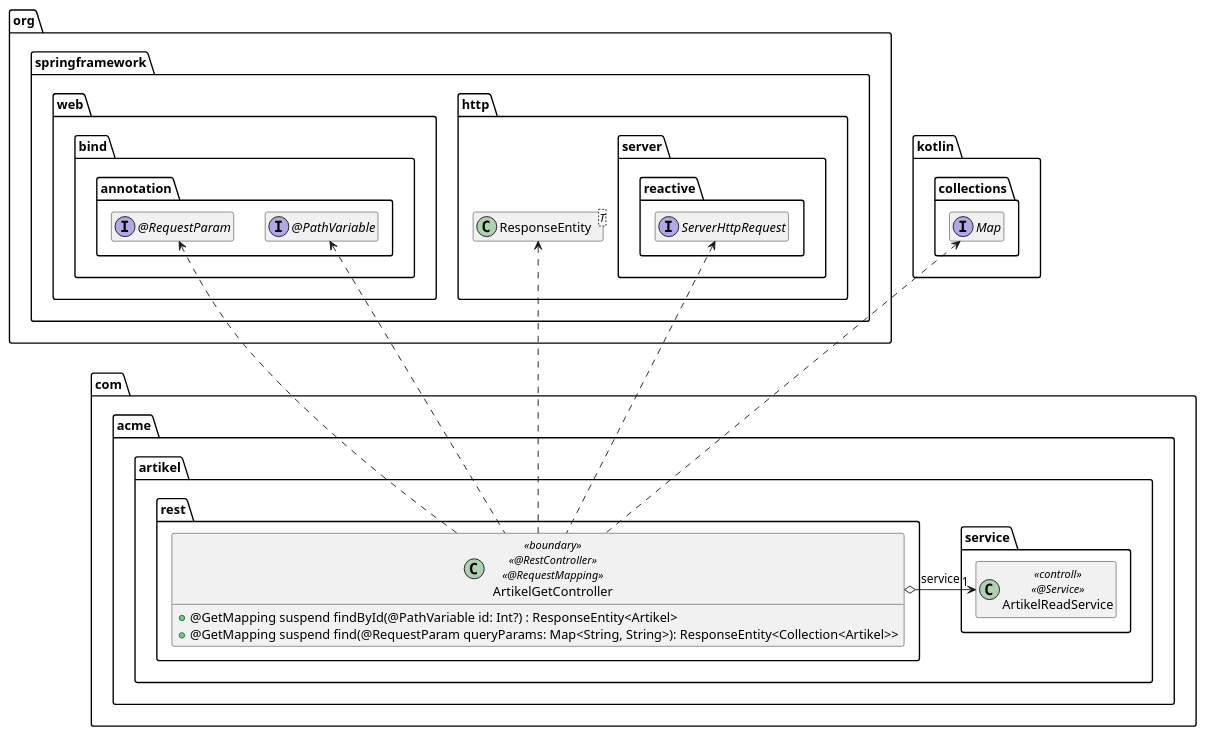
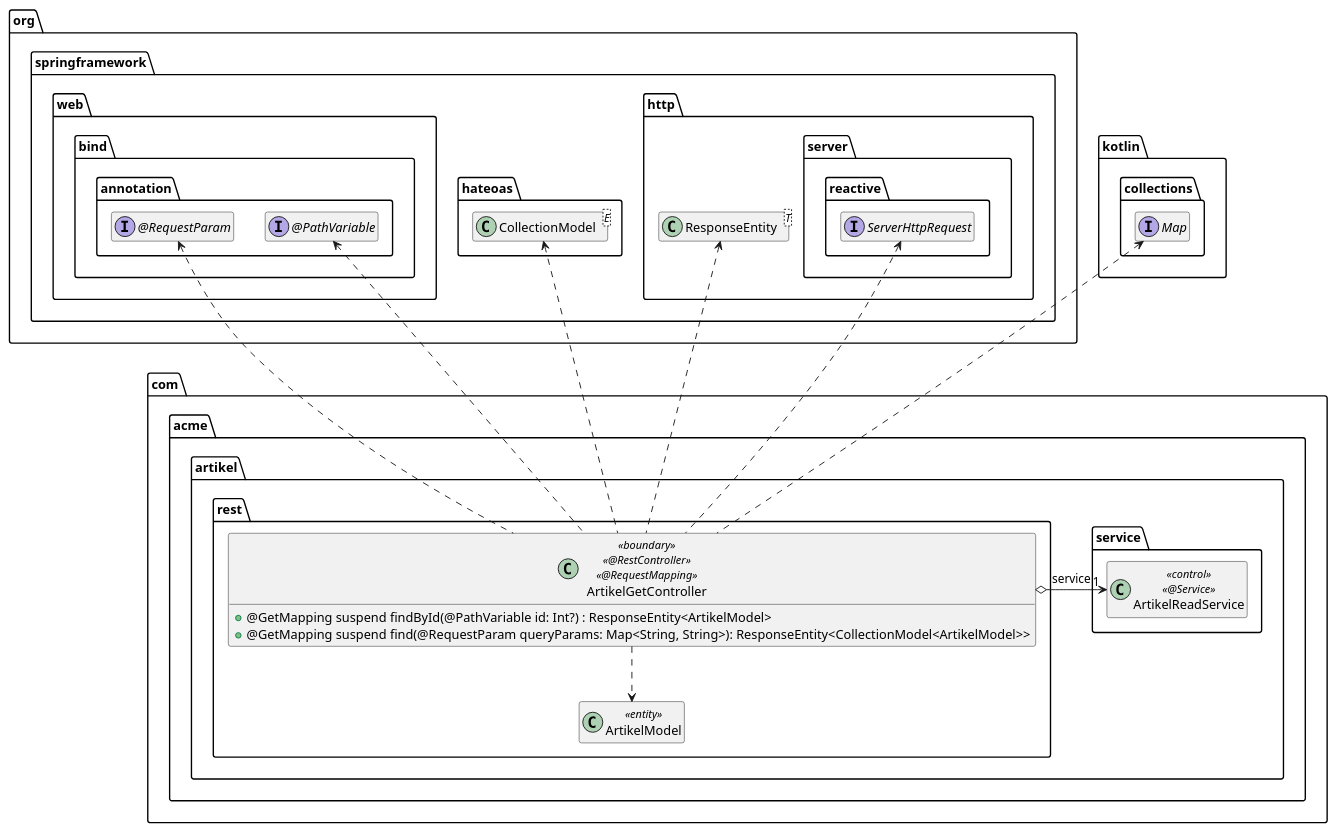
The diagram in extras/doc/ArtikelGetController.puml (AlexanderStecknitz/Softwarearchitektur-Springframework), drawn with PlantUML before and after one commit. The commit also changed 9 other files, not shown here.

```diff
--- a/extras/doc/ArtikelGetController.puml
+++ b/extras/doc/ArtikelGetController.puml
@@ -1,50 +1,57 @@
 @startuml
 
 package org.springframework {
     package web.bind.annotation {
         interface "@PathVariable" as PathVariable
 
         interface "@RequestParam" as RequestParam
     }
+
+    package hateoas {
+            class CollectionModel<E>
+        }
 
     package http {
         class ResponseEntity<T>
 
         package server.reactive {
             interface ServerHttpRequest
         }
     }
 }
 
 package kotlin.collections {
     interface Map
 }
 
 package com.acme.artikel {
 
     package service {
-        class ArtikelReadService << controll >> << @Service >>
+        class ArtikelReadService << control >> << @Service >>
     }
 
     package rest {
         class ArtikelGetController << boundary >> << @RestController >> << @RequestMapping >> {
-            + @GetMapping suspend findById(@PathVariable id: Int?) : ResponseEntity<Artikel>
-            + @GetMapping suspend find(@RequestParam queryParams: Map<String, String>): ResponseEntity<Collection<Artikel>>
+            + @GetMapping suspend findById(@PathVariable id: Int?) : ResponseEntity<ArtikelModel>
+            + @GetMapping suspend find(@RequestParam queryParams: Map<String, String>): ResponseEntity<CollectionModel<ArtikelModel>>
         }
+
+        class ArtikelModel << entity >>
 
         ArtikelGetController o-right-> "1" ArtikelReadService : service
 
         ArtikelGetController .up.> ResponseEntity
+        ArtikelGetController .up.> CollectionModel
+        ArtikelGetController .down.> ArtikelModel
         ArtikelGetController .up.> ServerHttpRequest
         ArtikelGetController .up.> PathVariable
         ArtikelGetController .up.> RequestParam
 
         ArtikelGetController .up.> Map
 
     }
-
 }
 
 hide empty members
 
 @enduml
```
